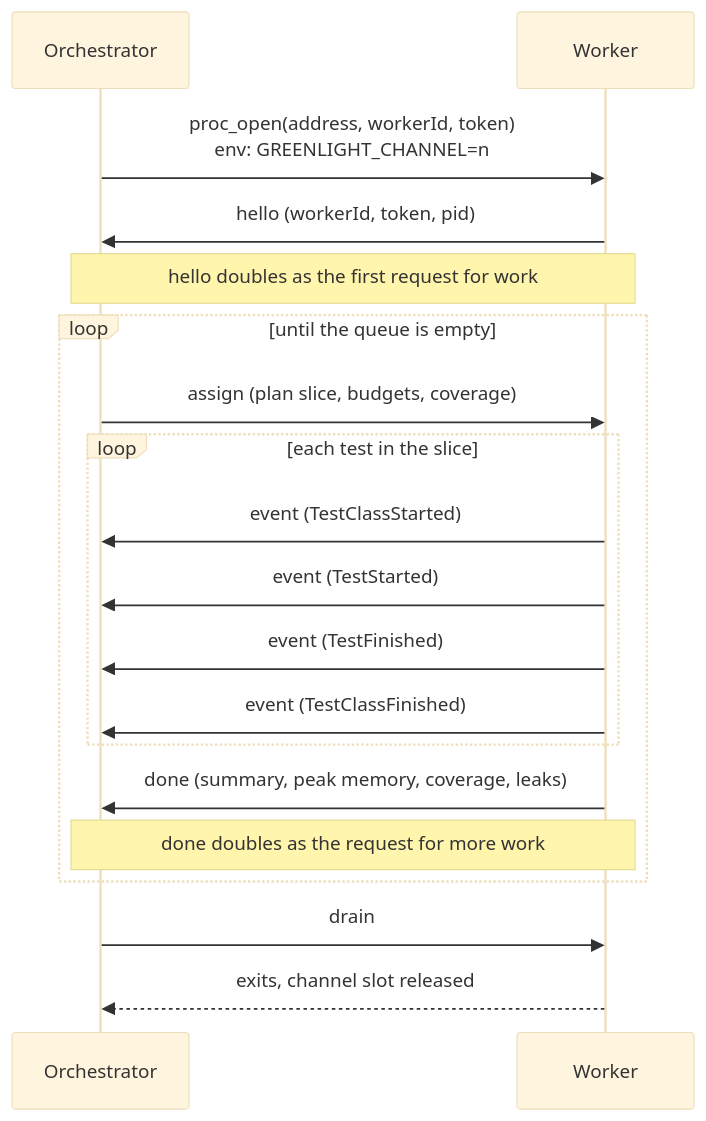
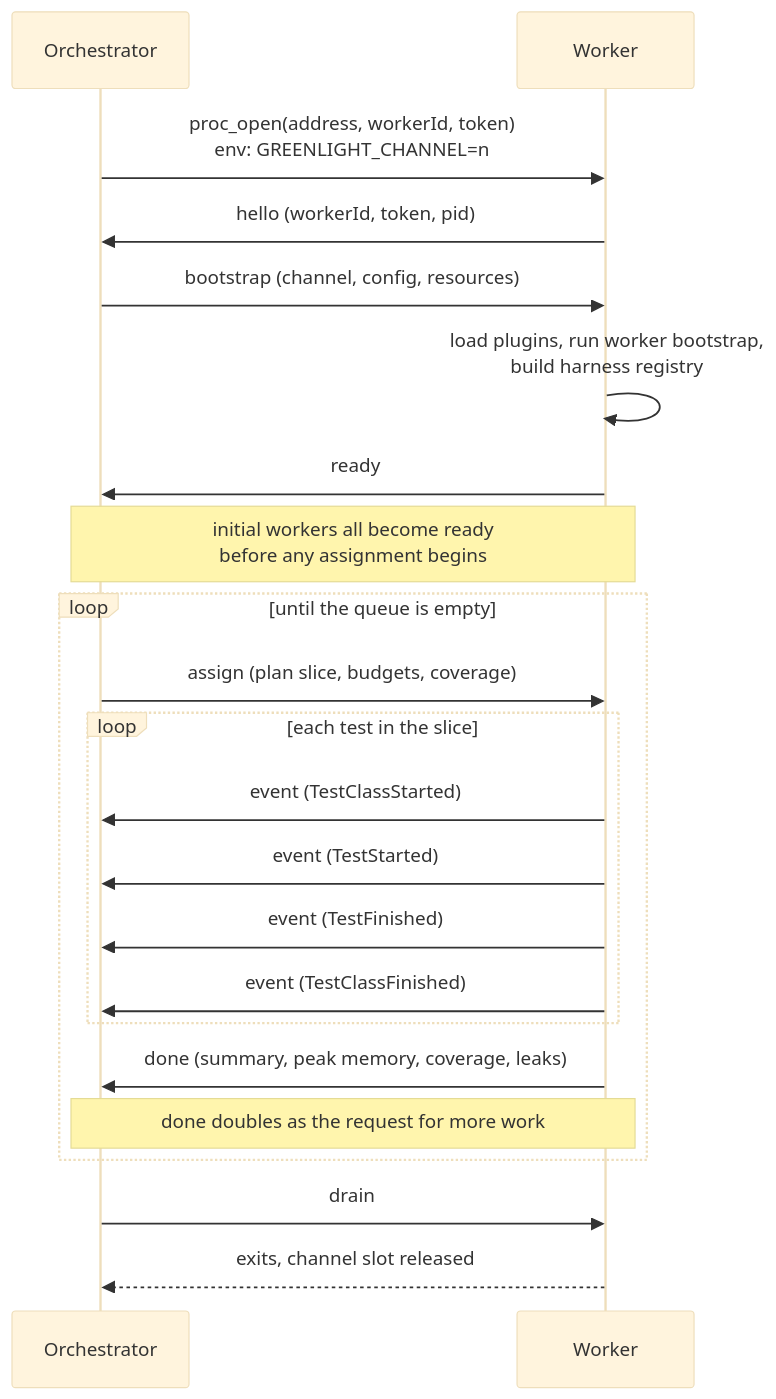
The first of 2 diagrams in docs/architecture/worker-lifecycle.md (ben-challis/greenlight), drawn with Mermaid (base theme) before and after one commit. The commit also changed other lines of this file and 39 other files, not shown here.

````diff
--- a/docs/architecture/worker-lifecycle.md
+++ b/docs/architecture/worker-lifecycle.md
@@ -33,24 +35,27 @@
 ```mermaid
 sequenceDiagram
     participant O as Orchestrator
     participant W as Worker
 
     O->>W: proc_open(address, workerId, token)<br/>env: GREENLIGHT_CHANNEL=n
     W->>O: hello (workerId, token, pid)
-    Note over O,W: hello doubles as the first request for work
+    O->>W: bootstrap (channel, config, resources)
+    W->>W: load plugins, run worker bootstrap,<br/>build harness registry
+    W->>O: ready
+    Note over O,W: initial workers all become ready<br/>before any assignment begins
 
     loop until the queue is empty
         O->>W: assign (plan slice, budgets, coverage)
         loop each test in the slice
             W->>O: event (TestClassStarted)
             W->>O: event (TestStarted)
             W->>O: event (TestFinished)
             W->>O: event (TestClassFinished)
         end
         W->>O: done (summary, peak memory, coverage, leaks)
         Note over O,W: done doubles as the request for more work
     end
 
     O->>W: drain
     W-->>O: exits, channel slot released
 ```
````
